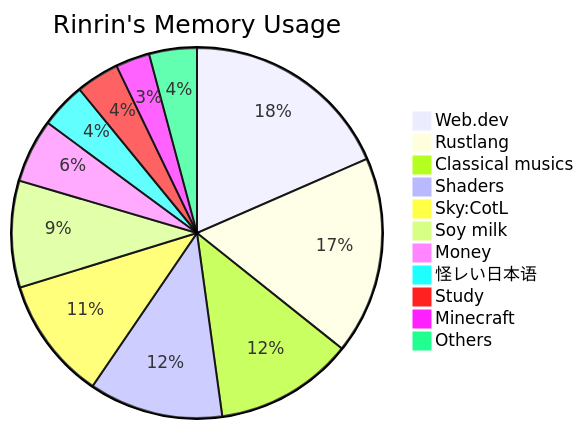
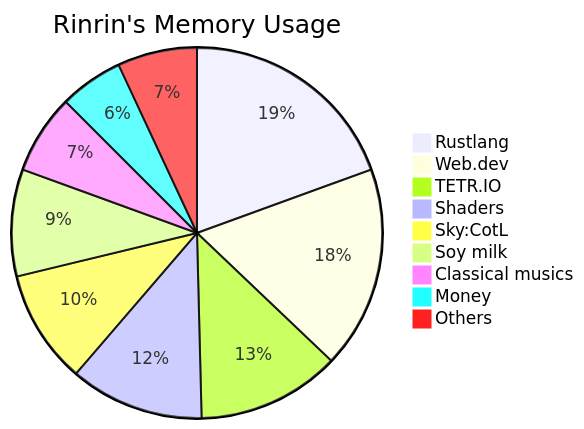
The diagram in README.md (Rinrin0413/Rinrin0413), drawn with Mermaid before and after one commit.

Commit message:
Update:Rinrin's Memory Usage

````diff
--- a/README.md
+++ b/README.md
@@ -75,14 +75,12 @@
 ```mermaid
 pie title Rinrin's Memory Usage
-    "Web.dev": 93
-    "Rustlang": 87
-    "Classical musics": 61
+    "Rustlang": 98
+    "Web.dev": 89
+    "TETR.IO": 63
     "Shaders": 59
-    "Sky:CotL": 54
+    "Sky:CotL": 50
     "Soy milk": 47
+    "Classical musics": 35
     "Money": 28
-    "怪レい日本语": 20
-    "Study": 19
-    "Minecraft": 15
-    "Others": 21
+    "Others": 35
 ```
````
